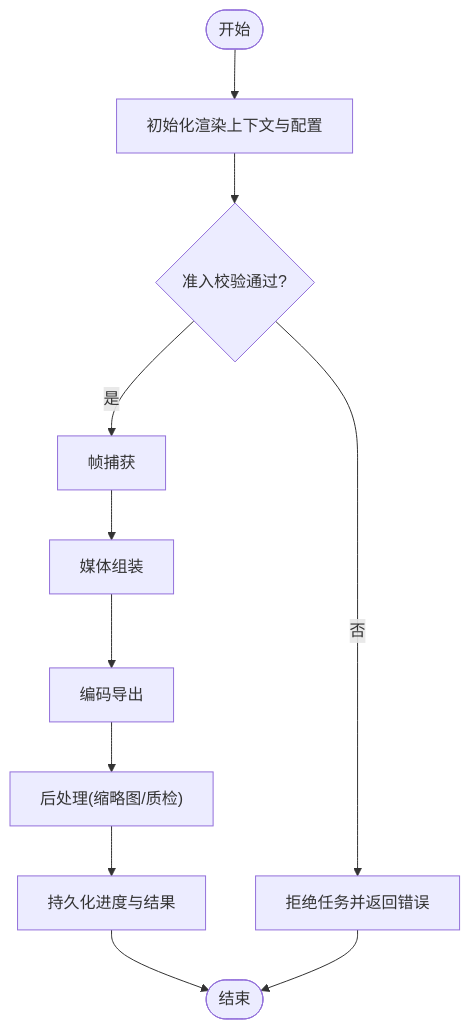
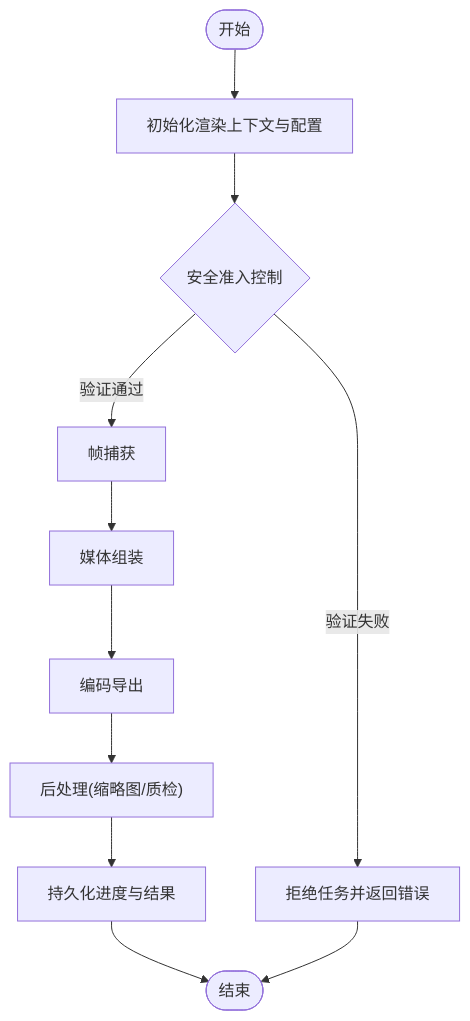
Before and after one commit to scottcwy/PurpleInk: the third of 4 diagrams in .qoder/repowiki/zh/content/渲染引擎/渲染流水线/渲染流水线.md, drawn with Mermaid. The commit also changed other lines of this file and 37 other files, not shown here.

````diff
--- a/.qoder/repowiki/zh/content/渲染引擎/渲染流水线/渲染流水线.md
+++ b/.qoder/repowiki/zh/content/渲染引擎/渲染流水线/渲染流水线.md
@@ -203,13 +222,13 @@
 ```mermaid
 flowchart TD
 Start(["开始"]) --> Init["初始化渲染上下文与配置"]
-Init --> Admit{"准入校验通过?"}
-Admit --> |否| Fail["拒绝任务并返回错误"]
-Admit --> |是| Capture["帧捕获"]
+Init --> Admit{"安全准入控制"}
+Admit --> |验证失败| Fail["拒绝任务并返回错误"]
+Admit --> |验证通过| Capture["帧捕获"]
 Capture --> Assemble["媒体组装"]
 Assemble --> Encode["编码导出"]
 Encode --> PostProc["后处理(缩略图/质检)"]
 PostProc --> Persist["持久化进度与结果"]
 Persist --> End(["结束"])
 Fail --> End
 ```
````
